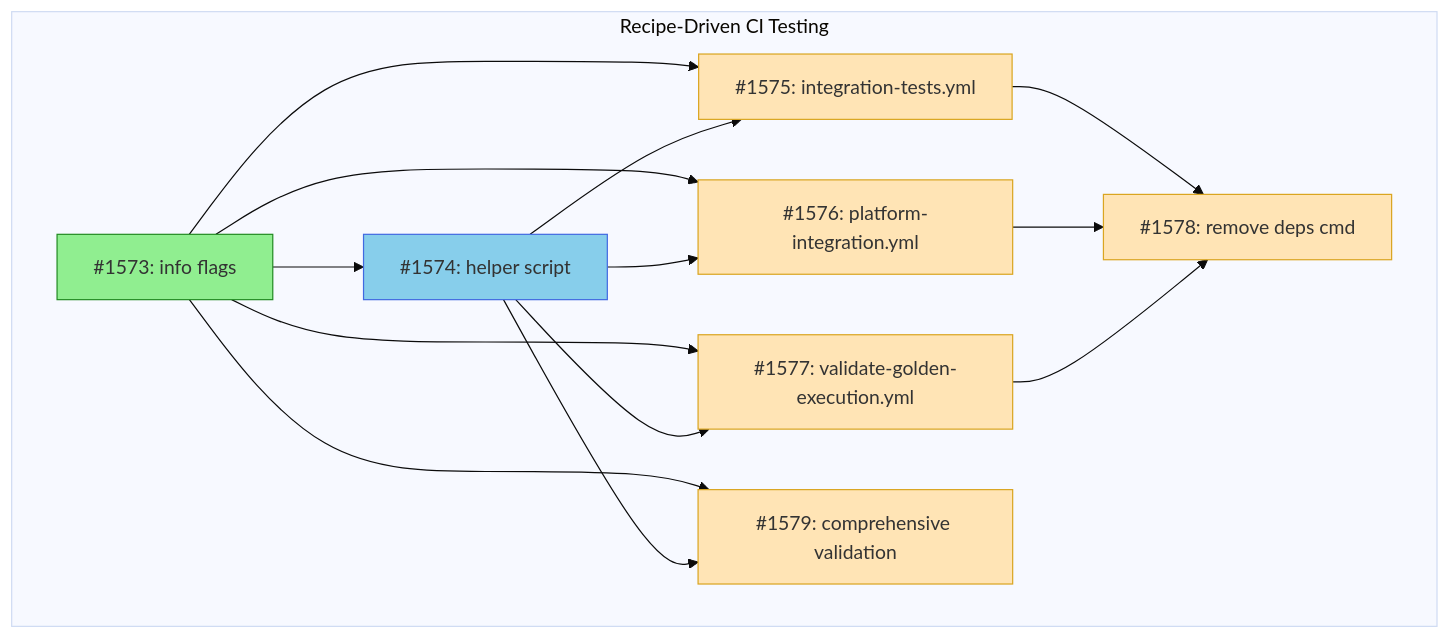
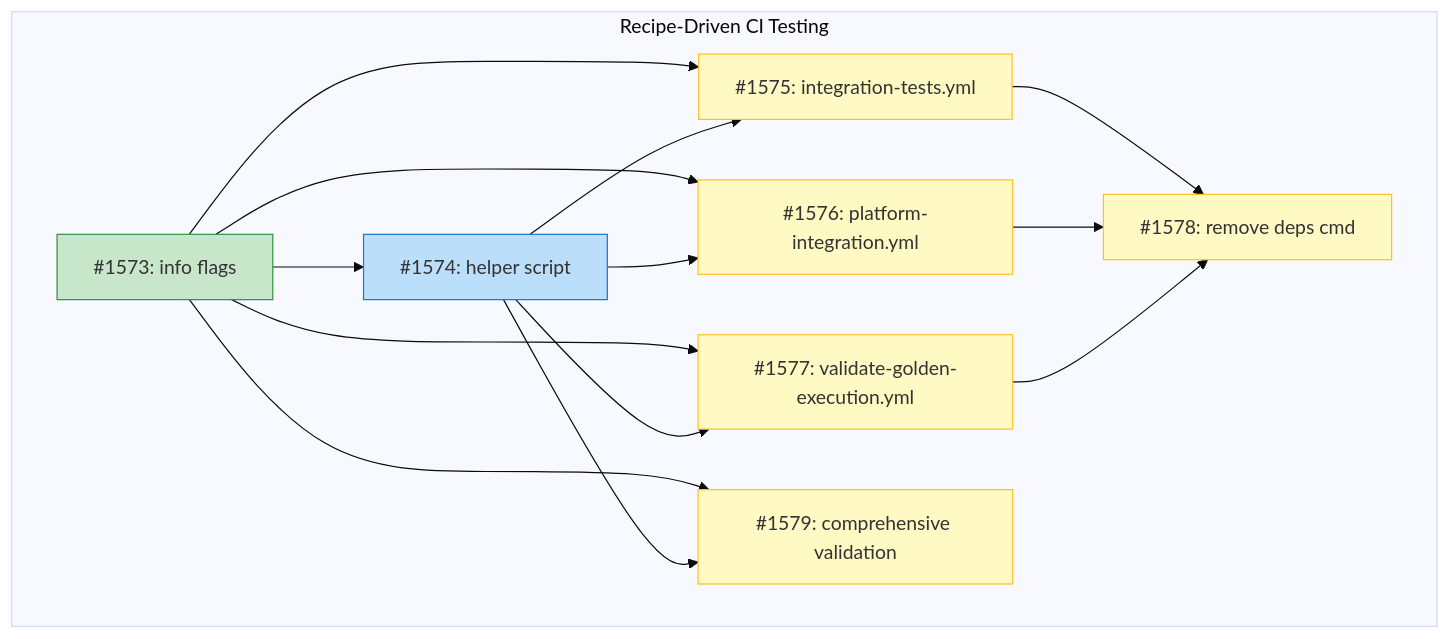
Before and after one commit to tsukumogami/tsuku: the diagram in docs/designs/DESIGN-recipe-driven-ci-testing.md, drawn with Mermaid (base theme).

Commit message:
fix(design): use standardized mermaid classDef colors (MM12)

````diff
--- a/docs/designs/DESIGN-recipe-driven-ci-testing.md
+++ b/docs/designs/DESIGN-recipe-driven-ci-testing.md
@@ -54,38 +54,38 @@
 ```mermaid
 graph TD
     subgraph Recipe-Driven CI Testing
         I1573[#1573: info flags]
         I1574[#1574: helper script]
         I1575[#1575: integration-tests.yml]
         I1576[#1576: platform-integration.yml]
         I1577[#1577: validate-golden-execution.yml]
         I1578[#1578: remove deps cmd]
         I1579[#1579: comprehensive validation]
     end
 
     I1573 --> I1574
     I1573 --> I1575
     I1573 --> I1576
     I1573 --> I1577
     I1573 --> I1579
     I1574 --> I1575
     I1574 --> I1576
     I1574 --> I1577
     I1574 --> I1579
     I1575 --> I1578
     I1576 --> I1578
     I1577 --> I1578
 
-    classDef done fill:#90EE90,stroke:#228B22
-    classDef ready fill:#87CEEB,stroke:#4169E1
-    classDef blocked fill:#FFE4B5,stroke:#DAA520
-    classDef needsDesign fill:#DDA0DD,stroke:#8B008B
+    classDef done fill:#c8e6c9,stroke:#388e3c
+    classDef ready fill:#bbdefb,stroke:#1976d2
+    classDef blocked fill:#fff9c4,stroke:#fbc02d
+    classDef needsDesign fill:#e1bee7,stroke:#7b1fa2
 
     class I1573 done
     class I1574 ready
     class I1575 blocked
     class I1576 blocked
     class I1577 blocked
     class I1578 blocked
     class I1579 blocked
 ```
````
